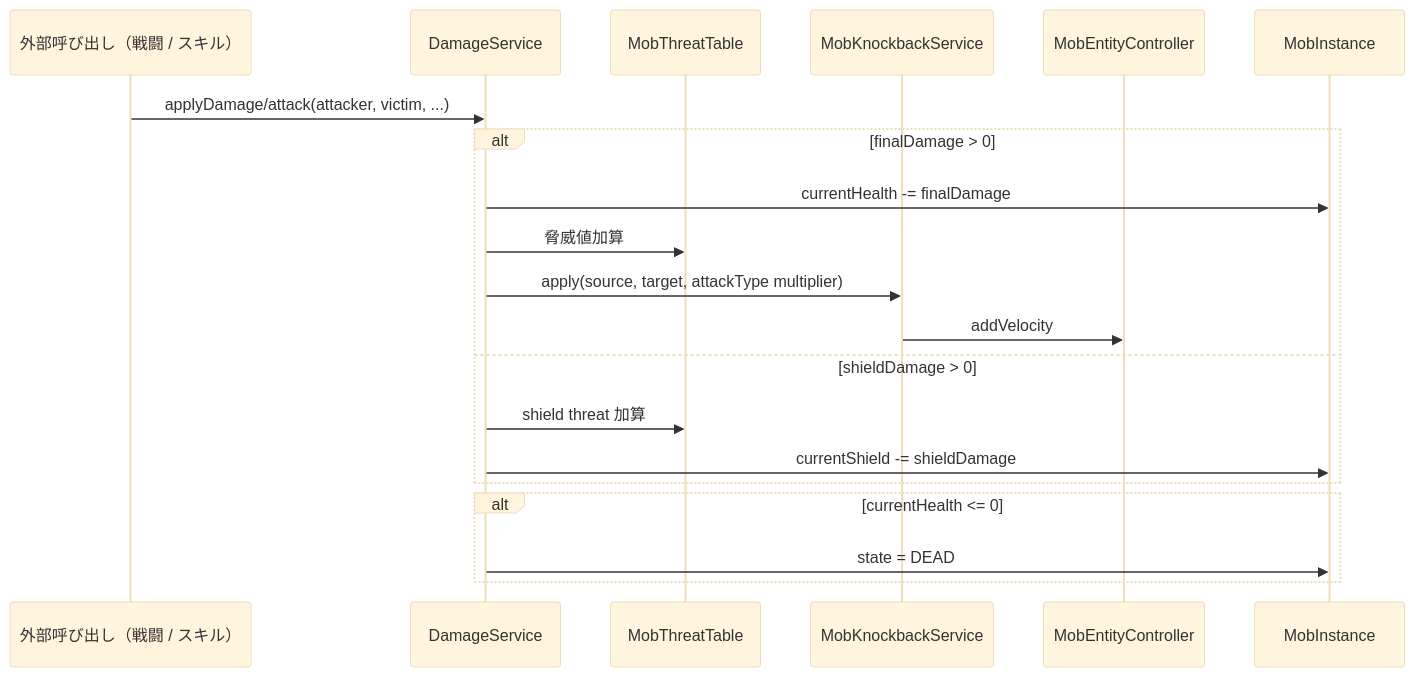
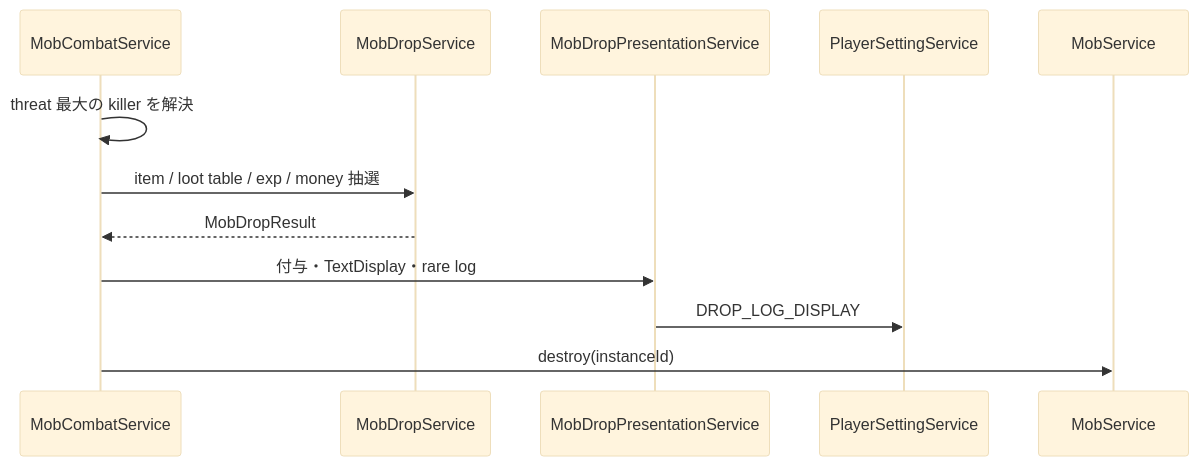
One commit to maaasu/AstralRecord-Workspace changed the fifth of 7 diagrams in 00_docs/10_Plugin設計書/feature/12-mob/4-統合フロー/12_4.00-統合フロー.md. Above: the diagram before and after it, drawn with Mermaid (base theme). The commit also changed other lines of this file and 288 other files, not shown here.

````diff
--- a/00_docs/10_Plugin設計書/feature/12-mob/4-統合フロー/12_4.00-統合フロー.md
+++ b/00_docs/10_Plugin設計書/feature/12-mob/4-統合フロー/12_4.00-統合フロー.md
@@ -91,23 +137,15 @@
 ```mermaid
 sequenceDiagram
-    participant X as 外部呼び出し（戦闘 / スキル）
-    participant DS as DamageService
-    participant T as MobThreatTable
-    participant KB as MobKnockbackService
-    participant E as MobEntityController
-    participant I as MobInstance
+    participant Combat as MobCombatService
+    participant Drop as MobDropService
+    participant Present as MobDropPresentationService
+    participant Setting as PlayerSettingService
+    participant Mob as MobService
 
-    X->>DS: applyDamage/attack(attacker, victim, ...)
-    alt finalDamage > 0
-        DS->>I: currentHealth -= finalDamage
-        DS->>T: 脅威値加算
-        DS->>KB: apply(source, target, attackType multiplier)
-        KB->>E: addVelocity
-    else shieldDamage > 0
-        DS->>T: shield threat 加算
-        DS->>I: currentShield -= shieldDamage
-    end
-    alt currentHealth <= 0
-        DS->>I: state = DEAD
-    end
+    Combat->>Combat: threat 最大の killer を解決
+    Combat->>Drop: item / loot table / exp / money 抽選
+    Drop-->>Combat: MobDropResult
+    Combat->>Present: 付与・TextDisplay・rare log
+    Present->>Setting: DROP_LOG_DISPLAY
+    Combat->>Mob: destroy(instanceId)
 ```
````
